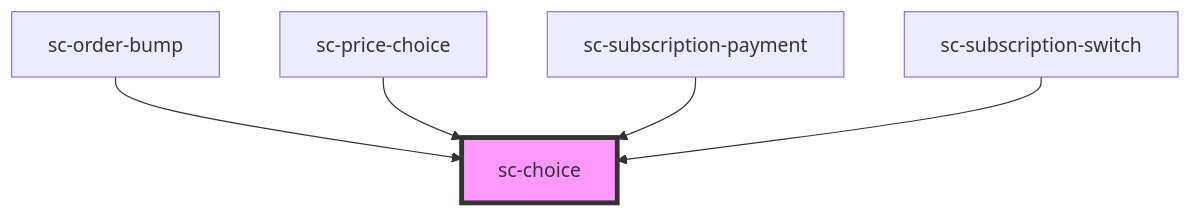
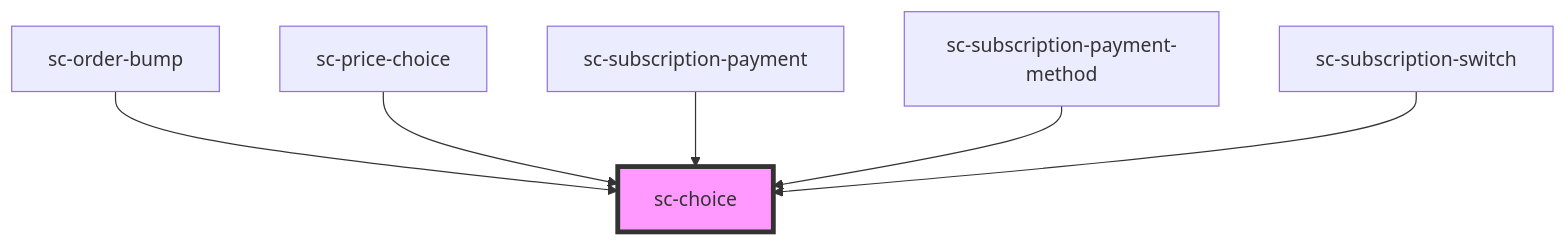
Before and after one commit to surecart/surecart-wp-plugin: the diagram in packages/components/src/components/ui/choice/readme.md, drawn with Mermaid. The commit also changed other lines of this file and 23 other files, not shown here.

````diff
--- a/packages/components/src/components/ui/choice/readme.md
+++ b/packages/components/src/components/ui/choice/readme.md
@@ -90,8 +91,9 @@
 ```mermaid
 graph TD;
   sc-order-bump --> sc-choice
   sc-price-choice --> sc-choice
   sc-subscription-payment --> sc-choice
+  sc-subscription-payment-method --> sc-choice
   sc-subscription-switch --> sc-choice
   style sc-choice fill:#f9f,stroke:#333,stroke-width:4px
 ```
````
